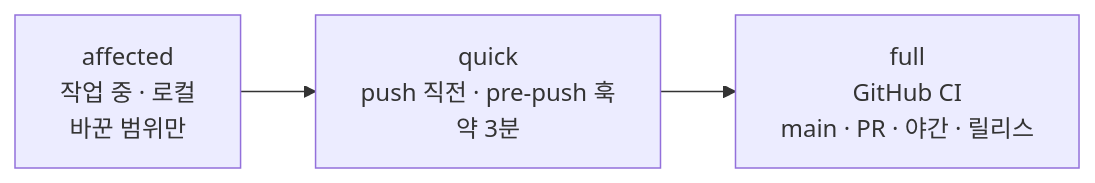
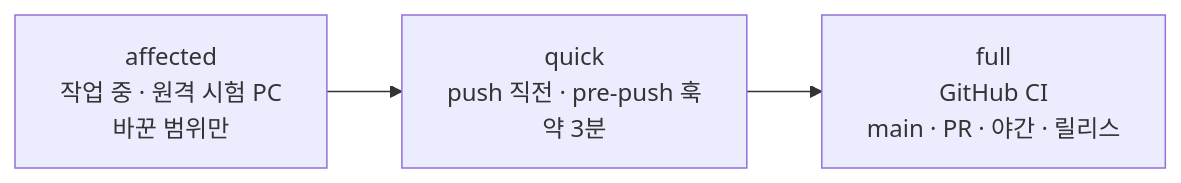
Before and after one commit to robotics-team-1213/rosy-platform: the diagram in docs/reference/developer-guide.md, drawn with Mermaid. The commit also changed other lines of this file and 48 other files, not shown here.

````diff
--- a/docs/reference/developer-guide.md
+++ b/docs/reference/developer-guide.md
@@ -55,4 +57,4 @@
 ```mermaid
 flowchart LR
-    a["affected<br/>작업 중 · 로컬<br/>바꾼 범위만"] --> q["quick<br/>push 직전 · pre-push 훅<br/>약 3분"] --> f["full<br/>GitHub CI<br/>main · PR · 야간 · 릴리스"]
+    a["affected<br/>작업 중 · 원격 시험 PC<br/>바꾼 범위만"] --> q["quick<br/>push 직전 · pre-push 훅<br/>약 3분"] --> f["full<br/>GitHub CI<br/>main · PR · 야간 · 릴리스"]
 ```
````
